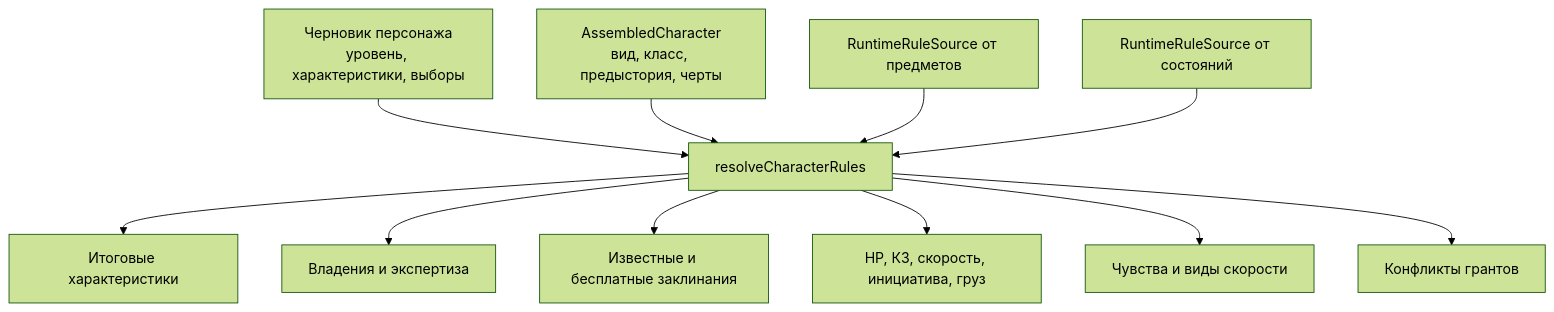
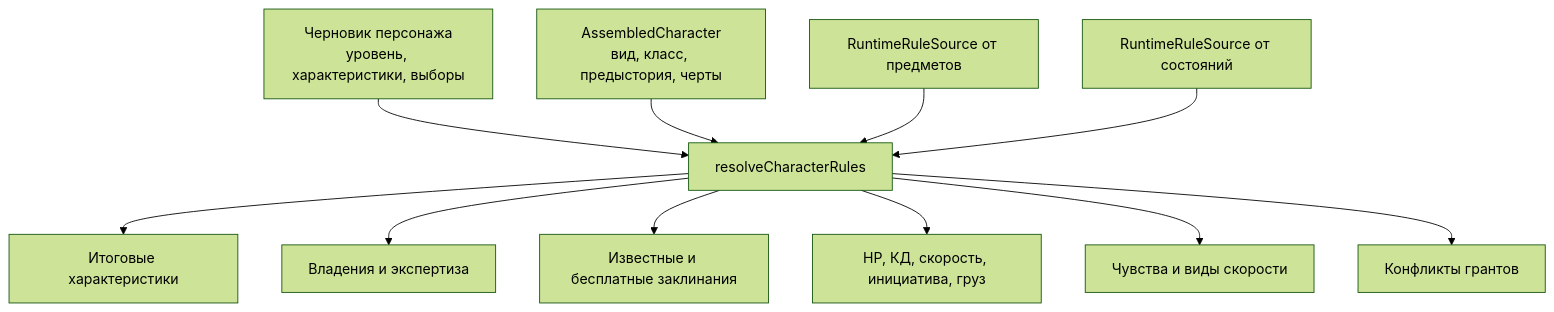
The third of 18 diagrams in frontend/src/content/engine-guide.md (alexeyvilmost/dnd_cards), drawn with Mermaid (forest theme) before and after one commit. The commit also changed other lines of this file and 148 other files, not shown here.

````diff
--- a/frontend/src/content/engine-guide.md
+++ b/frontend/src/content/engine-guide.md
@@ -239,19 +239,19 @@
 ```mermaid
 flowchart TD
     Draft["Черновик персонажа<br/>уровень, характеристики, выборы"]
     Assembly["AssembledCharacter<br/>вид, класс, предыстория, черты"]
     ItemSources["RuntimeRuleSource от предметов"]
     ConditionSources["RuntimeRuleSource от состояний"]
 
     Draft --> Resolver["resolveCharacterRules"]
     Assembly --> Resolver
     ItemSources --> Resolver
     ConditionSources --> Resolver
 
     Resolver --> Ability["Итоговые характеристики"]
     Resolver --> Profs["Владения и экспертиза"]
     Resolver --> Spells["Известные и бесплатные заклинания"]
-    Resolver --> Derived["HP, КЗ, скорость, инициатива, груз"]
+    Resolver --> Derived["HP, КД, скорость, инициатива, груз"]
     Resolver --> Senses["Чувства и виды скорости"]
     Resolver --> Conflicts["Конфликты грантов"]
 ```
````
